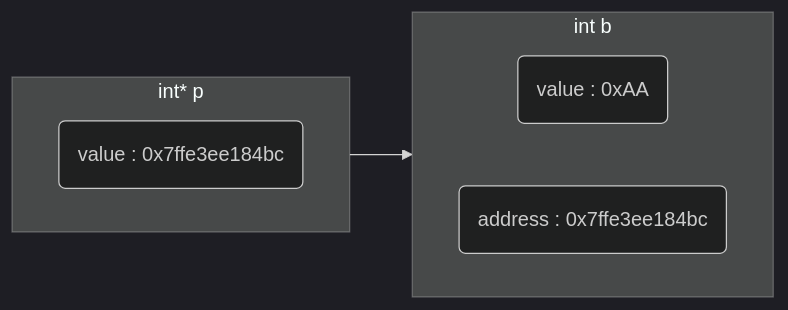
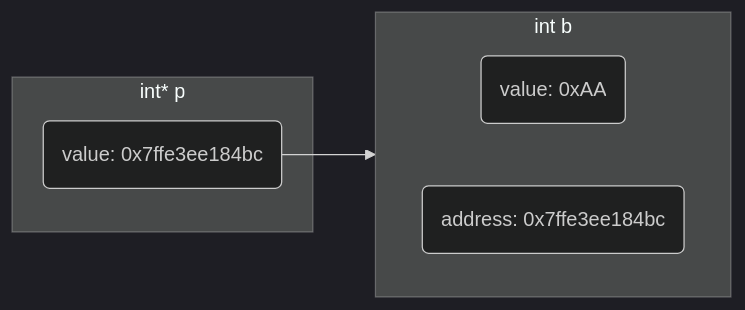
Before and after one commit to dmjcb/dmjcb.github.io: the fifth of 11 diagrams in _posts/language/c_c++/pointer/2022-01-08-指针.md, drawn with Mermaid (dark theme). The commit also changed other lines of this file and 17 other files, not shown here.

````diff
--- a/_posts/language/c_c++/pointer/2022-01-08-指针.md
+++ b/_posts/language/c_c++/pointer/2022-01-08-指针.md
@@ -120,13 +158,12 @@
 ```mermaid
 graph LR;
     subgraph S3[int b]
         direction LR
-        V3(value : 0xAA)
-        A3(address : 0x7ffe3ee184bc)
+        V3(value: 0xAA)
+        A3(address: 0x7ffe3ee184bc)
     end
     subgraph S2[int* p]
-        direction LR
-        V1(value : 0x7ffe3ee184bc)
+        V1(value: 0x7ffe3ee184bc)
     end
-    V1-->S3
+    V1-->A3
 ```
````
